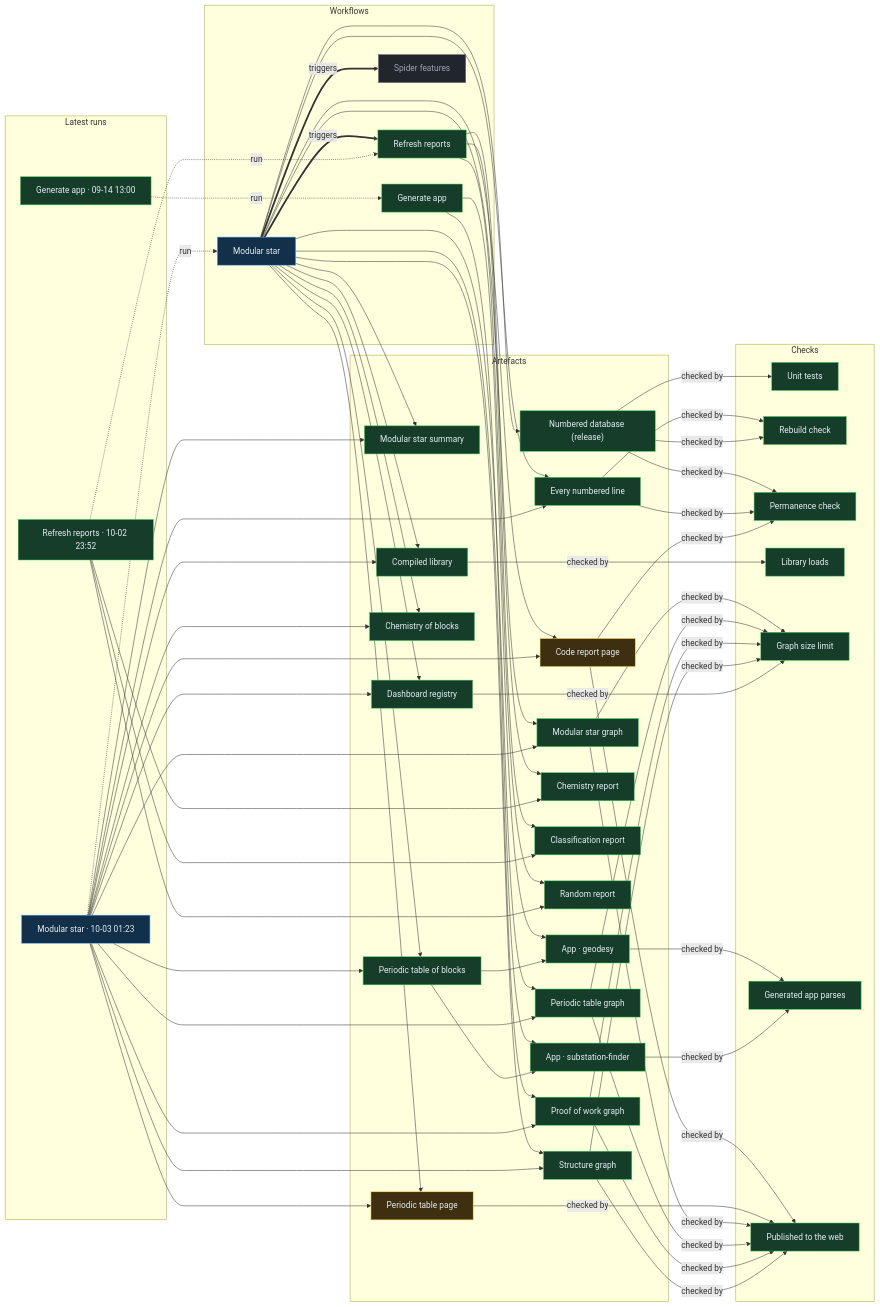
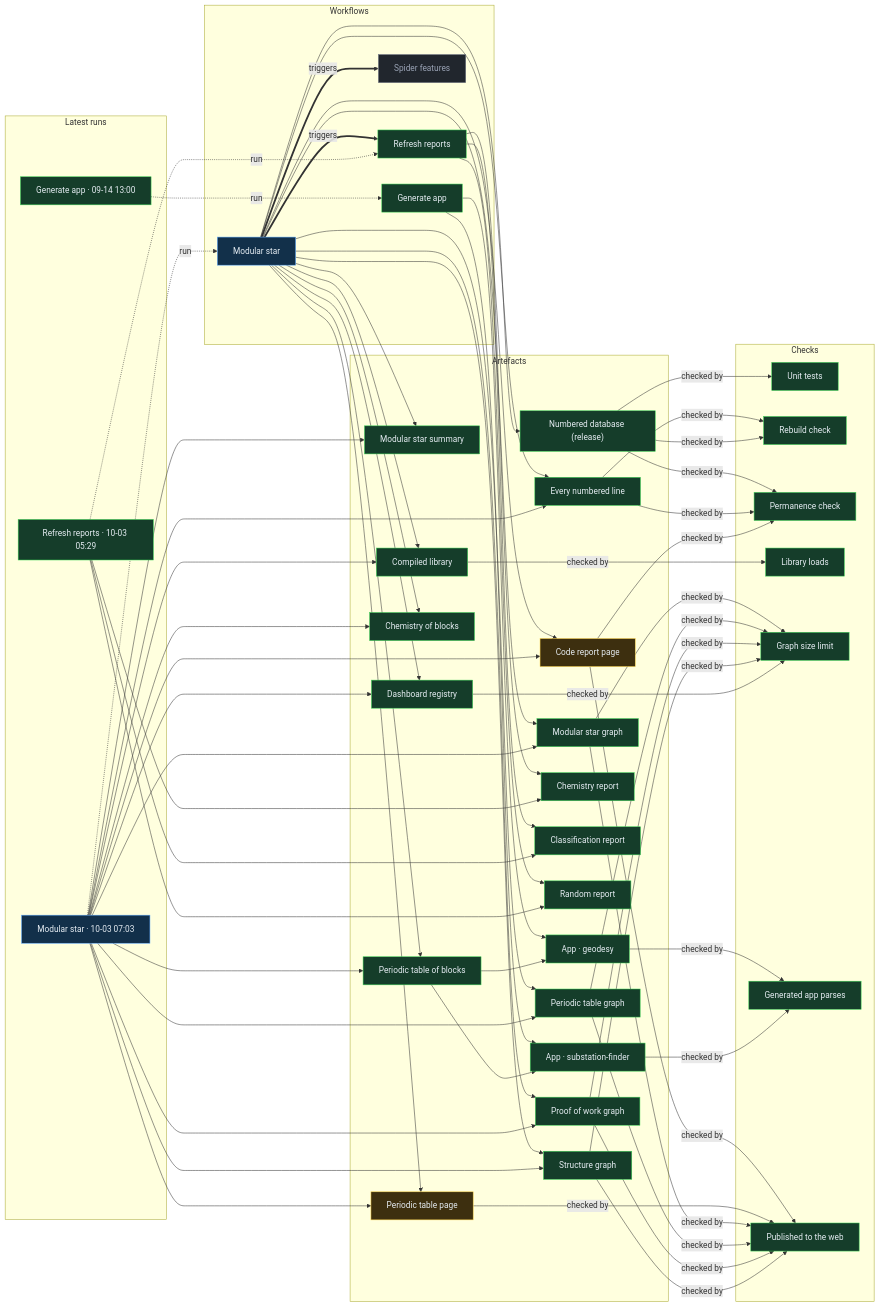
One commit to Ventusltd/stars changed the diagram in proof/PROOF.md. Above: the diagram before and after it, drawn with Mermaid. The commit also changed other lines of this file and 136 other files, not shown here.

Commit message:
Modular star 2026-10-03T07:06Z

```diff
--- a/proof/PROOF.md
+++ b/proof/PROOF.md
@@ -24,8 +24,8 @@
   n_wf_spider_features["Spider features"]:::off
   end
   subgraph g_runs["Latest runs"]
-  n_run_37085929918["Modular star · 10-03 01:23"]:::live
-  n_run_37079561031["Refresh reports · 10-02 23:52"]:::ok
+  n_run_37105097989["Modular star · 10-03 07:03"]:::live
+  n_run_37099986831["Refresh reports · 10-03 05:29"]:::ok
   n_run_34846587798["Generate app · 09-14 13:00"]:::ok
   end
   subgraph g_artefacts["Artefacts"]
@@ -59,39 +59,39 @@
   end
   n_wf_modular_star == triggers ==> n_wf_refresh
   n_wf_modular_star == triggers ==> n_wf_spider_features
-  n_run_37085929918 -. run .-> n_wf_modular_star
-  n_run_37079561031 -. run .-> n_wf_refresh
+  n_run_37105097989 -. run .-> n_wf_modular_star
+  n_run_37099986831 -. run .-> n_wf_refresh
   n_run_34846587798 -. run .-> n_wf_generate
   n_wf_modular_star --> n_art_summary
-  n_run_37085929918 --> n_art_summary
+  n_run_37105097989 --> n_art_summary
   n_wf_modular_star --> n_art_lines
-  n_run_37085929918 --> n_art_lines
+  n_run_37105097989 --> n_art_lines
   n_wf_modular_star --> n_art_code
-  n_run_37085929918 --> n_art_code
+  n_run_37105097989 --> n_art_code
   n_wf_modular_star --> n_art_modular_graph
-  n_run_37085929918 --> n_art_modular_graph
+  n_run_37105097989 --> n_art_modular_graph
   n_wf_modular_star --> n_art_blocks
-  n_run_37085929918 --> n_art_blocks
+  n_run_37105097989 --> n_art_blocks
   n_wf_modular_star --> n_art_table
-  n_run_37085929918 --> n_art_table
+  n_run_37105097989 --> n_art_table
   n_wf_modular_star --> n_art_blocks_graph
-  n_run_37085929918 --> n_art_blocks_graph
+  n_run_37105097989 --> n_art_blocks_graph
   n_wf_modular_star --> n_art_reactions
-  n_run_37085929918 --> n_art_reactions
+  n_run_37105097989 --> n_art_reactions
   n_wf_modular_star --> n_art_library
-  n_run_37085929918 --> n_art_library
+  n_run_37105097989 --> n_art_library
   n_wf_modular_star --> n_art_features
-  n_run_37085929918 --> n_art_features
+  n_run_37105097989 --> n_art_features
   n_wf_modular_star --> n_art_proof
-  n_run_37085929918 --> n_art_proof
+  n_run_37105097989 --> n_art_proof
   n_wf_modular_star --> n_art_structure
-  n_run_37085929918 --> n_art_structure
+  n_run_37105097989 --> n_art_structure
   n_wf_refresh --> n_art_chemistry
-  n_run_37079561031 --> n_art_chemistry
+  n_run_37099986831 --> n_art_chemistry
   n_wf_refresh --> n_art_vedic
-  n_run_37079561031 --> n_art_vedic
+  n_run_37099986831 --> n_art_vedic
   n_wf_refresh --> n_art_random
-  n_run_37079561031 --> n_art_random
+  n_run_37099986831 --> n_art_random
   n_wf_modular_star --> n_art_release
   n_wf_generate --> n_app_geodesy
   n_art_blocks --> n_app_geodesy
```
